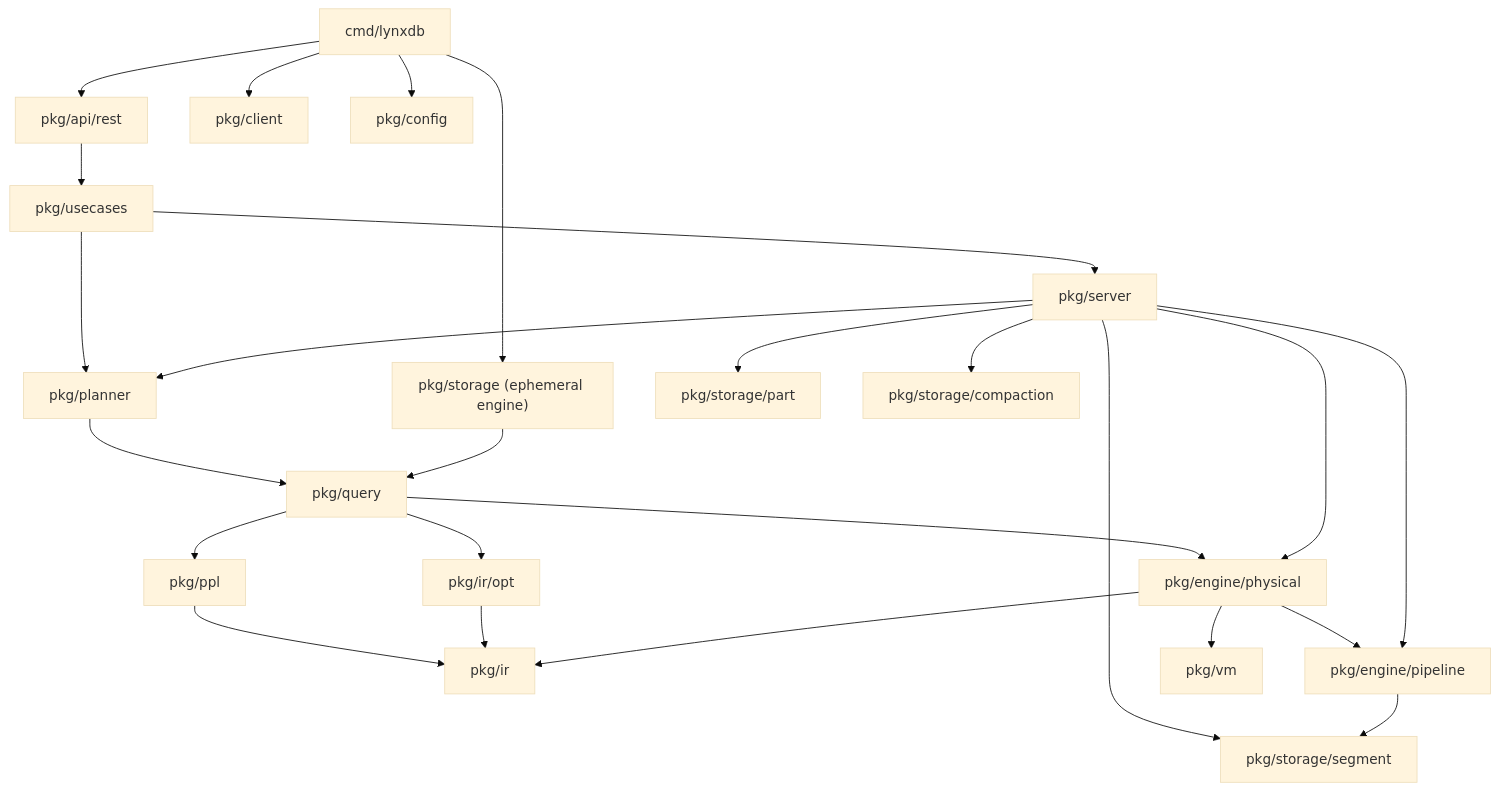
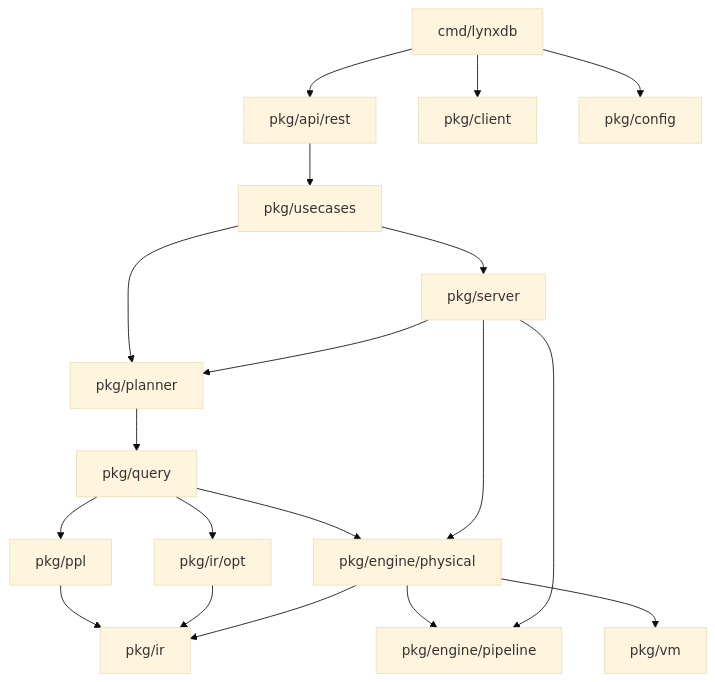
Before and after one commit to lynxbase/lynxdb: the diagram in docs/site/docs/contributing/project-structure.md, drawn with Mermaid (base theme). The commit also changed other lines of this file and 220 other files, not shown here.

Commit message:
chore: delete the segment storage engine

````diff
--- a/docs/site/docs/contributing/project-structure.md
+++ b/docs/site/docs/contributing/project-structure.md
@@ -203,30 +185,24 @@
 ```mermaid
 flowchart TD
     CMD["cmd/lynxdb"] --> API["pkg/api/rest"]
     CMD --> CLIENT["pkg/client"]
-    CMD --> STORAGE["pkg/storage (ephemeral engine)"]
     CMD --> CONFIG["pkg/config"]
 
     API --> USECASES["pkg/usecases"]
     USECASES --> SERVER["pkg/server"]
     USECASES --> PLANNER["pkg/planner"]
 
     PLANNER --> QUERY["pkg/query"]
-    STORAGE --> QUERY
     QUERY --> PPL["pkg/ppl"]
     QUERY --> OPT["pkg/ir/opt"]
     QUERY --> PHYSICAL["pkg/engine/physical"]
     PPL --> IR["pkg/ir"]
     OPT --> IR
     PHYSICAL --> IR
     PHYSICAL --> PIPELINE["pkg/engine/pipeline"]
     PHYSICAL --> VM["pkg/vm"]
 
     SERVER --> PLANNER
     SERVER --> PHYSICAL
     SERVER --> PIPELINE
-    SERVER --> PART["pkg/storage/part"]
-    SERVER --> SEGMENT["pkg/storage/segment"]
-    SERVER --> COMPACTION["pkg/storage/compaction"]
-    PIPELINE --> SEGMENT
 ```
````
